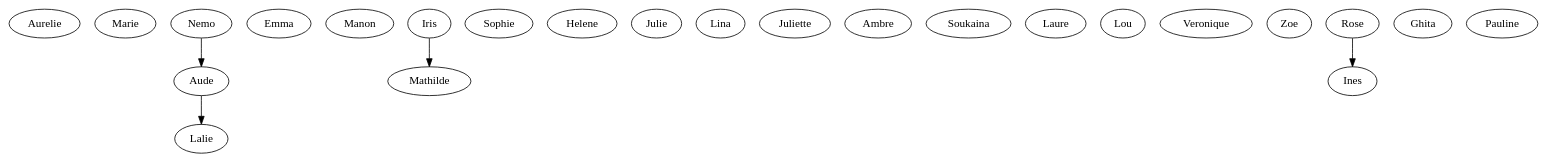
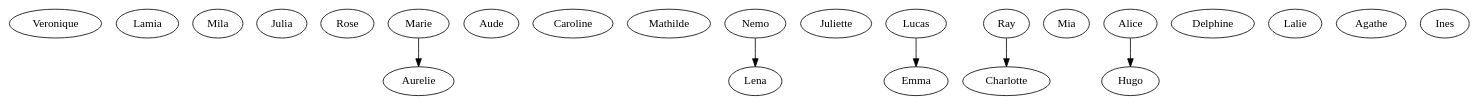
Before and after one commit to Slash-stack/Aquarium: the diagram in output/dotFiles/round11.dot, drawn with Graphviz. The commit also changed 38 other files, not shown here.

```diff
--- a/output/dotFiles/round11.dot
+++ b/output/dotFiles/round11.dot
@@ -1,34 +1,35 @@
 strict digraph G {
+  Veronique;
+  Lamia;
+  Mila;
+  Julia;
+  Rose;
+  Lamia;
   Aurelie;
+  Aude;
+  Caroline;
   Marie;
+  Mathilde;
+  Nemo;
+  Lena;
+  Aude;
+  Juliette;
+  Lucas;
+  Emma;
+  Charlotte;
+  Mia;
+  Alice;
+  Lamia;
+  Hugo;
+  Delphine;
   Lalie;
-  Nemo;
-  Aude;
-  Emma;
-  Manon;
-  Iris;
-  Sophie;
-  Mathilde;
-  Helene;
-  Julie;
-  Lina;
-  Juliette;
-  Ambre;
-  Soukaina;
-  Laure;
-  Lou;
-  Veronique;
-  Sophie;
-  Zoe;
-  Rose;
-  Aude;
-  Ghita;
+  Agathe;
   Ines;
-  Lalie;
-  Pauline;
-  Pauline;
-  Nemo -> Aude;
-  Iris -> Mathilde;
-  Rose -> Ines;
-  Aude -> Lalie;
+  Ray;
+  Charlotte;
+  Marie -> Aurelie;
+  Nemo -> Lena;
+  Lucas -> Emma;
+  Alice -> Hugo;
+  Ray -> Charlotte;
 }
```
